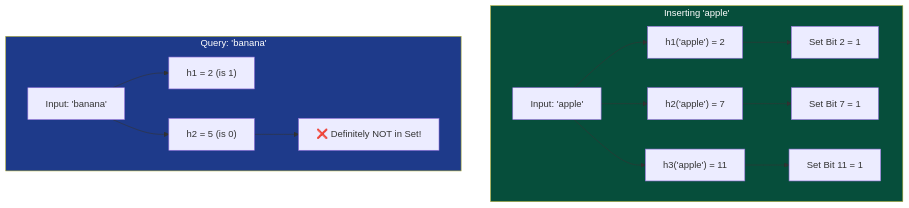
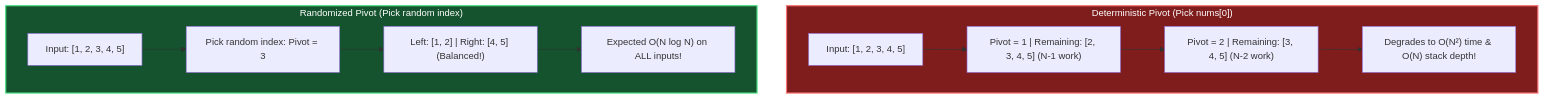
The diagram in 00 - Fundamentals/000 - Theoretical Foundations (The Complete Guide)/08_randomized_algorithms.md (vadde/DSA), drawn with Mermaid before and after one commit. The commit also changed other lines of this file and 14 other files, not shown here.

````diff
--- a/00 - Fundamentals/000 - Theoretical Foundations (The Complete Guide)/08_randomized_algorithms.md
+++ b/00 - Fundamentals/000 - Theoretical Foundations (The Complete Guide)/08_randomized_algorithms.md
@@ -140,20 +36,17 @@
 ```mermaid
 flowchart TD
-    subgraph Insertion["Inserting 'apple'"]
-        A["Input: 'apple'"] --> H1["h1('apple') = 2"]
-        A --> H2["h2('apple') = 7"]
-        A --> H3["h3('apple') = 11"]
-        H1 --> B1["Set Bit 2 = 1"]
-        H2 --> B2["Set Bit 7 = 1"]
-        H3 --> B3["Set Bit 11 = 1"]
+    subgraph Bad["Deterministic Pivot (Pick nums[0])"]
+        B1["Input: [1, 2, 3, 4, 5]"] --> B2["Pivot = 1 | Remaining: [2, 3, 4, 5] (N-1 work)"]
+        B2 --> B3["Pivot = 2 | Remaining: [3, 4, 5] (N-2 work)"]
+        B3 --> B4["Degrades to O(N²) time & O(N) stack depth!"]
     end
 
-    subgraph Query["Query: 'banana'"]
-        Q["Input: 'banana'"] --> QH1["h1 = 2 (is 1)"]
-        Q --> QH2["h2 = 5 (is 0)"]
-        QH2 --> RES["❌ Definitely NOT in Set!"]
+    subgraph Good["Randomized Pivot (Pick random index)"]
+        G1["Input: [1, 2, 3, 4, 5]"] --> G2["Pick random index: Pivot = 3"]
+        G2 --> G3["Left: [1, 2] | Right: [4, 5] (Balanced!)"]
+        G3 --> G4["Expected O(N log N) on ALL inputs!"]
     end
 
-    style Insertion fill:#064e3b,color:#ffffff
-    style Query fill:#1e3a8a,color:#ffffff
+    style Bad fill:#7f1d1d,stroke:#f87171,stroke-width:2px,color:#fff
+    style Good fill:#14532d,stroke:#4ade80,stroke-width:2px,color:#fff
 ```
````
